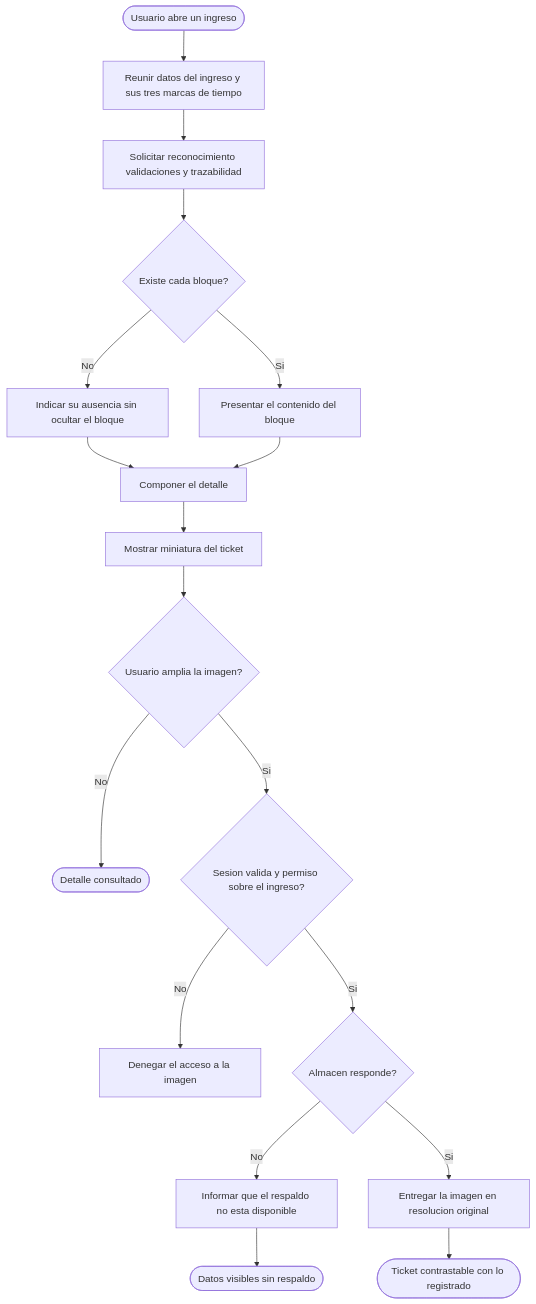
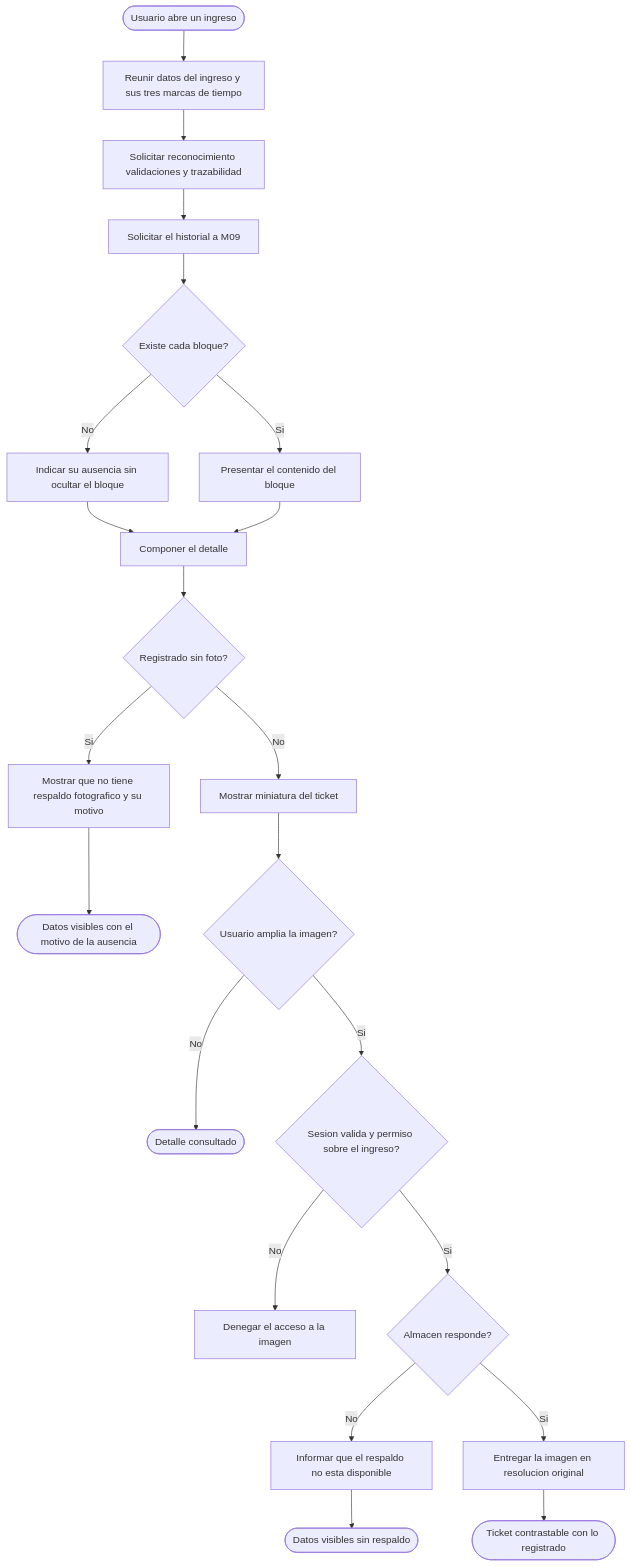
The second of 4 diagrams in docs/modulos/M07-consulta/diagramas/actividades.md (adlerOmonte1/LogisticaMinera), drawn with Mermaid before and after one commit. The commit also changed other lines of this file and 9 other files, not shown here.

````diff
--- a/docs/modulos/M07-consulta/diagramas/actividades.md
+++ b/docs/modulos/M07-consulta/diagramas/actividades.md
@@ -26,20 +31,24 @@
 ```mermaid
 flowchart TD
     I([Usuario abre un ingreso]) --> C1[Reunir datos del ingreso y sus tres marcas de tiempo]
     C1 --> C2[Solicitar reconocimiento validaciones y trazabilidad]
-    C2 --> D1{Existe cada bloque?}
+    C2 --> C8[Solicitar el historial a M09]
+    C8 --> D1{Existe cada bloque?}
     D1 -->|No| M1[Indicar su ausencia sin ocultar el bloque]
     D1 -->|Si| M2[Presentar el contenido del bloque]
     M1 --> C3[Componer el detalle]
     M2 --> C3
-    C3 --> C4[Mostrar miniatura del ticket]
+    C3 --> D0{Registrado sin foto?}
+    D0 -->|Si| M0[Mostrar que no tiene respaldo fotografico y su motivo]
+    M0 --> F0([Datos visibles con el motivo de la ausencia])
+    D0 -->|No| C4[Mostrar miniatura del ticket]
     C4 --> D2{Usuario amplia la imagen?}
     D2 -->|No| F1([Detalle consultado])
     D2 -->|Si| V1{Sesion valida y permiso sobre el ingreso?}
     V1 -->|No| E1[Denegar el acceso a la imagen]
     V1 -->|Si| D3{Almacen responde?}
     D3 -->|No| M3[Informar que el respaldo no esta disponible]
     D3 -->|Si| M4[Entregar la imagen en resolucion original]
     M3 --> F2([Datos visibles sin respaldo])
     M4 --> F3([Ticket contrastable con lo registrado])
 ```
````
